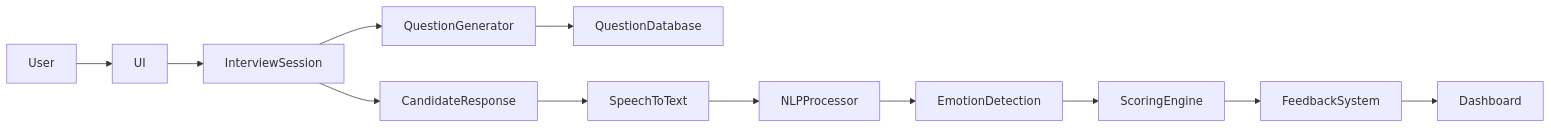
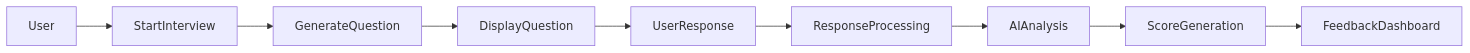
Before and after one commit to KirtiPratihar/AI-interview-coachh: the second of 2 diagrams in README.md, drawn with Mermaid. The commit also changed other lines of this file, not shown here.

````diff
--- a/README.md
+++ b/README.md
@@ -106,25 +76,19 @@
 ```mermaid
 flowchart LR
 
-User --> UI
+User --> StartInterview
 
-UI --> InterviewSession
+StartInterview --> GenerateQuestion
 
-InterviewSession --> QuestionGenerator
+GenerateQuestion --> DisplayQuestion
 
-QuestionGenerator --> QuestionDatabase
+DisplayQuestion --> UserResponse
 
-InterviewSession --> CandidateResponse
+UserResponse --> ResponseProcessing
 
-CandidateResponse --> SpeechToText
+ResponseProcessing --> AIAnalysis
 
-SpeechToText --> NLPProcessor
+AIAnalysis --> ScoreGeneration
 
-NLPProcessor --> EmotionDetection
-
-EmotionDetection --> ScoringEngine
-
-ScoringEngine --> FeedbackSystem
-
-FeedbackSystem --> Dashboard
+ScoreGeneration --> FeedbackDashboard
 ```
````
